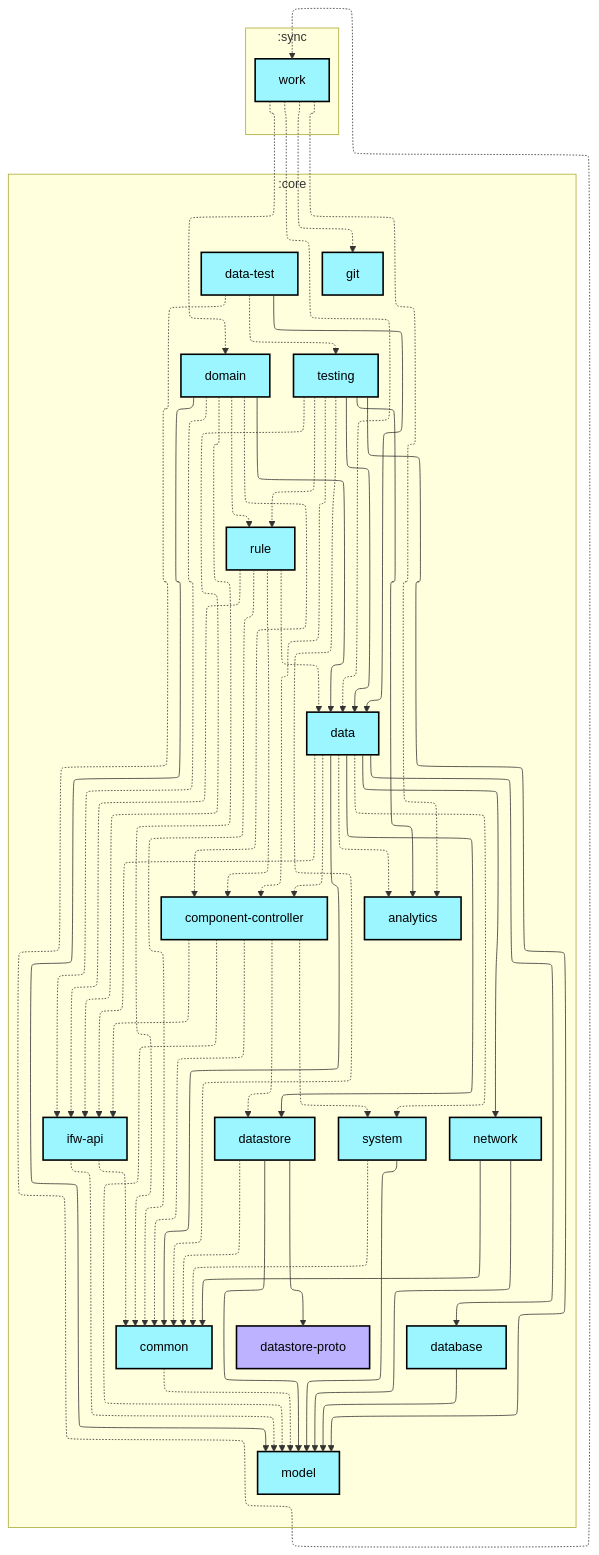
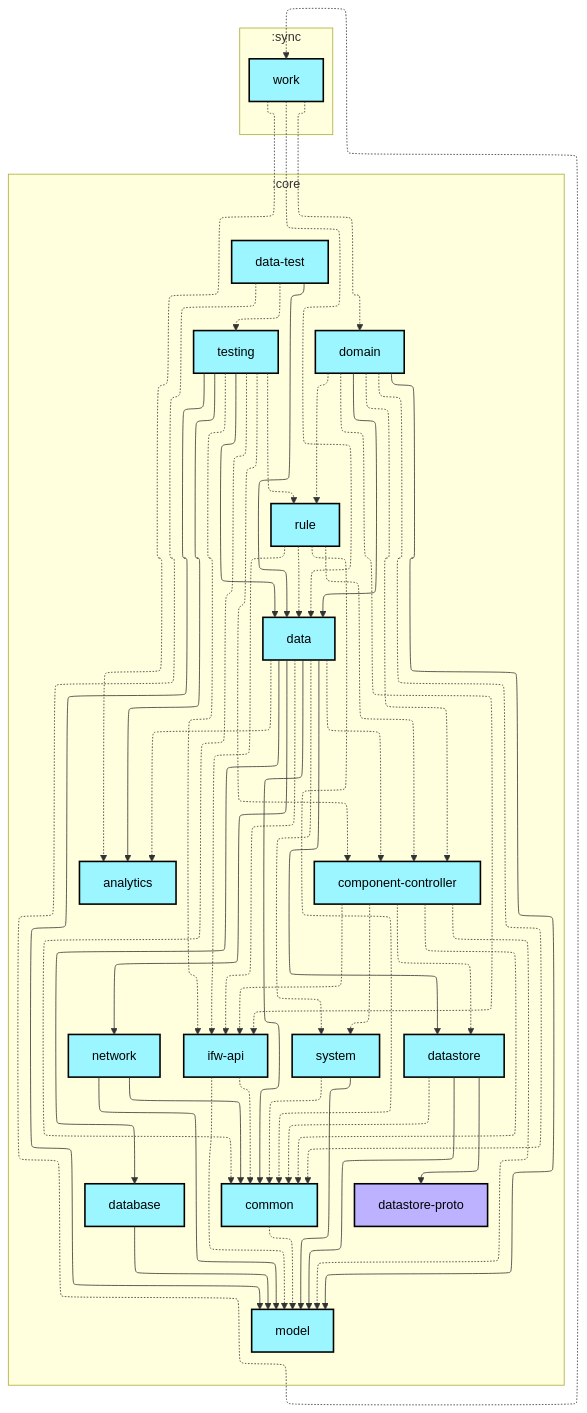
Before and after one commit to lihenggui/blocker: the first of 2 diagrams in core/data-test/README.md, drawn with Mermaid.

Commit message:
🤖 Updates graphs

```diff
--- a/core/data-test/README.md
+++ b/core/data-test/README.md
@@ -26,7 +26,6 @@
     :core:datastore[datastore]:::android-library
     :core:datastore-proto[datastore-proto]:::jvm-library
     :core:domain[domain]:::android-library
-    :core:git[git]:::android-library
     :core:ifw-api[ifw-api]:::android-library
     :core:model[model]:::android-library
     :core:network[network]:::android-library
@@ -82,7 +81,6 @@
   :sync:work -.-> :core:analytics
   :sync:work -.-> :core:data
   :sync:work -.-> :core:domain
-  :sync:work -.-> :core:git
 
 classDef android-application fill:#CAFFBF,stroke:#000,stroke-width:2px,color:#000;
 classDef android-feature fill:#FFD6A5,stroke:#000,stroke-width:2px,color:#000;
```
